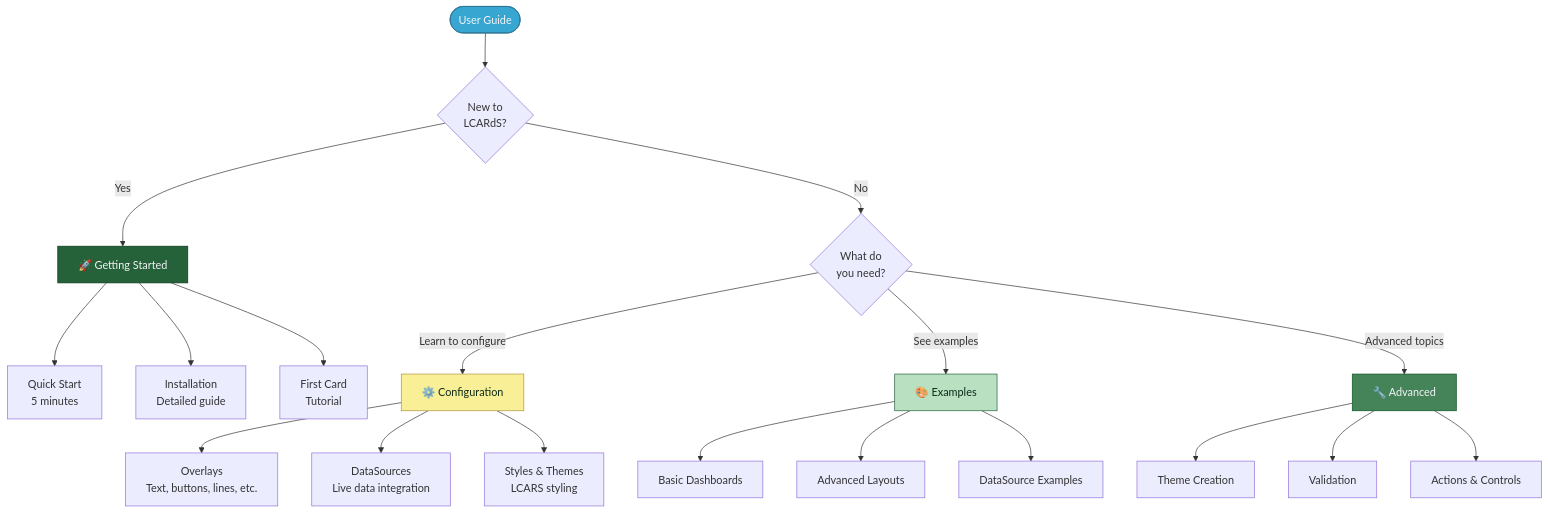
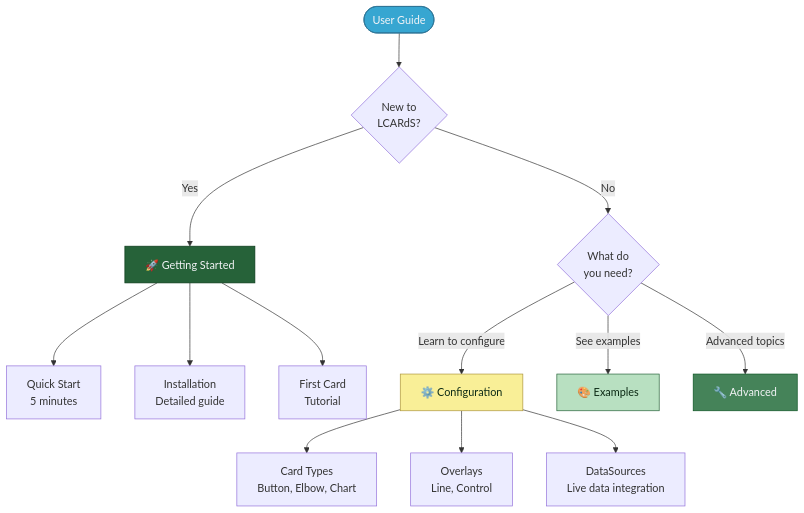
The diagram in doc/user/README.md (snootched/lcards), drawn with Mermaid before and after one commit. The commit also changed other lines of this file and 22 other files, not shown here.

````diff
--- a/doc/user/README.md
+++ b/doc/user/README.md
@@ -10,33 +10,25 @@
 ```mermaid
 graph TD
     Start([User Guide]) --> New{New to<br/>LCARdS?}
 
     New -->|Yes| Getting[🚀 Getting Started]
     New -->|No| Need{What do<br/>you need?}
 
     Getting --> Quick[Quick Start<br/>5 minutes]
     Getting --> Install[Installation<br/>Detailed guide]
     Getting --> First[First Card<br/>Tutorial]
 
     Need -->|Learn to configure| Config[⚙️ Configuration]
     Need -->|See examples| Examples[🎨 Examples]
     Need -->|Advanced topics| Advanced[🔧 Advanced]
 
-    Config --> Overlays[Overlays<br/>Text, buttons, lines, etc.]
+    Config --> Cards[Card Types<br/>Button, Elbow, Chart]
+    Config --> Overlays[Overlays<br/>Line, Control]
     Config --> Data[DataSources<br/>Live data integration]
-    Config --> Styles[Styles & Themes<br/>LCARS styling]
-
-    Examples --> Basic[Basic Dashboards]
-    Examples --> Advanced2[Advanced Layouts]
-    Examples --> DS[DataSource Examples]
-
-    Advanced --> Themes[Theme Creation]
-    Advanced --> Validation[Validation]
-    Advanced --> Actions[Actions & Controls]
 
     style Start fill:#37a6d1,stroke:#2a7193,color:#f3f4f7
     style Getting fill:#266239,stroke:#083717,color:#f3f4f7
     style Config fill:#f9ef97,stroke:#ac943b,color:#0c2a15
     style Examples fill:#b8e0c1,stroke:#266239,color:#0c2a15
     style Advanced fill:#458359,stroke:#095320,color:#f3f4f7
 ```
````
